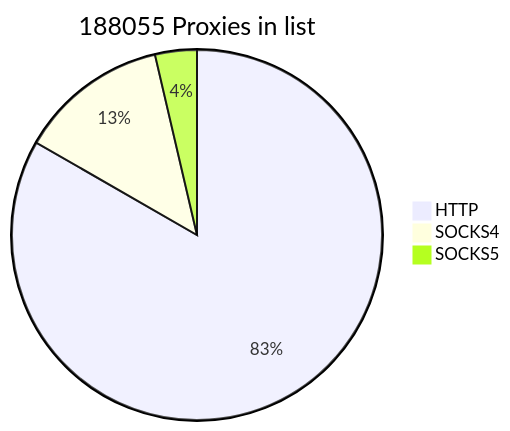
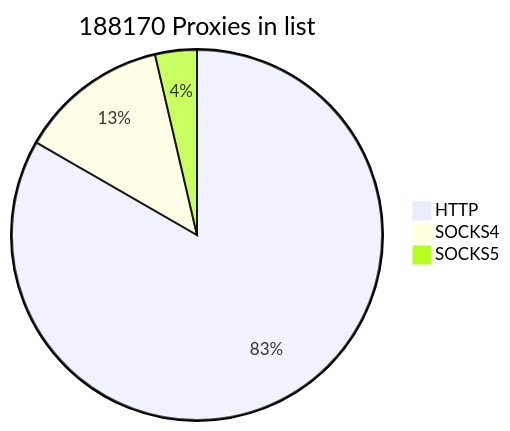
Before and after one commit to cutipu/proxylist: the first of 2 diagrams in README.md, drawn with Mermaid. The commit also changed other lines of this file, not shown here.

````diff
--- a/README.md
+++ b/README.md
@@ -2,7 +2,7 @@
 ```mermaid
-pie title 188055 Proxies in list
-    "HTTP" : 156655
+pie title 188170 Proxies in list
+    "HTTP" : 156770
     "SOCKS4" : 24541
     "SOCKS5" : 6859
             
 ```
````
